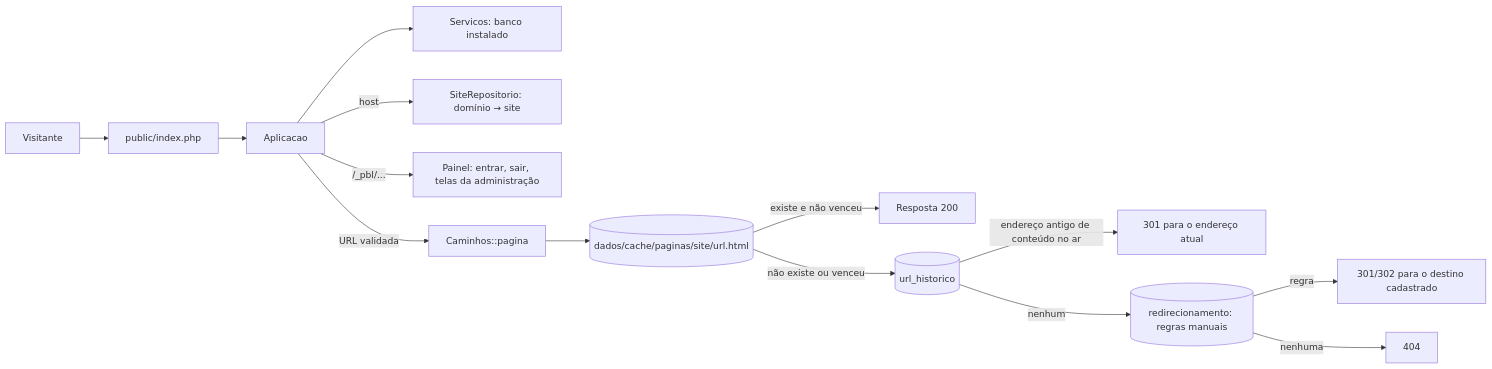
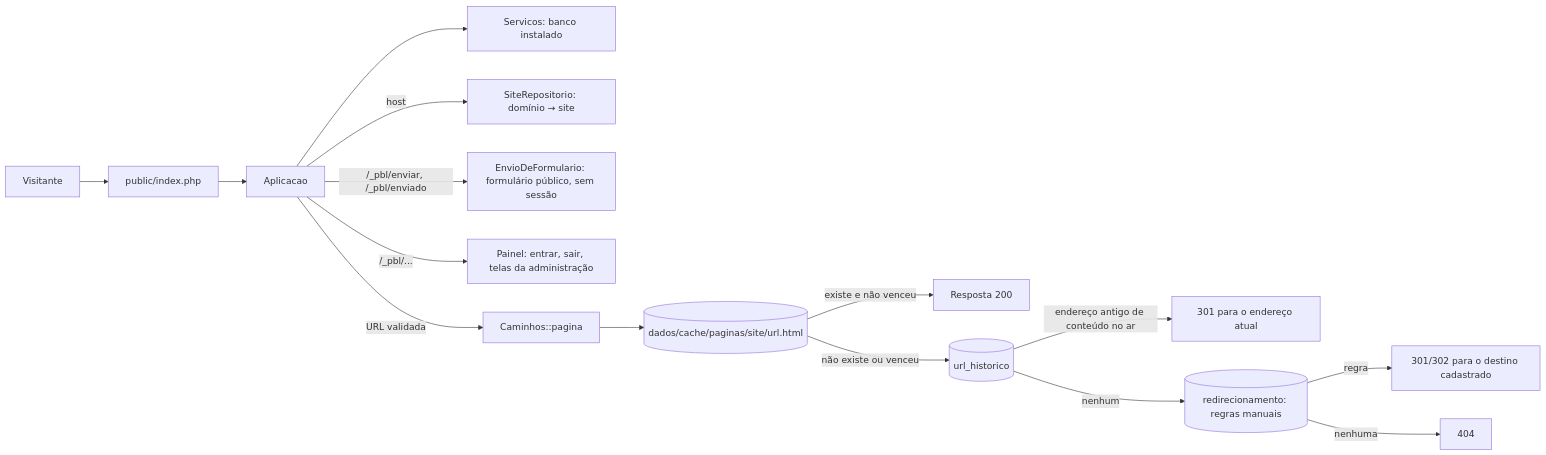
The first of 3 diagrams in docs/tecnica/arquitetura.md (publicare/publicare4), drawn with Mermaid before and after one commit. The commit also changed other lines of this file and 38 other files, not shown here.

First line of the commit message:
Formulários públicos declarativos (fase 6a): tipo formulario, comando de molde, envio anônimo privado e tela de envios

````diff
--- a/docs/tecnica/arquitetura.md
+++ b/docs/tecnica/arquitetura.md
@@ -7,16 +7,17 @@
 ```mermaid
 flowchart LR
     V[Visitante] --> I[public/index.php]
     I --> A[Aplicacao]
     A --> S[Servicos: banco instalado]
     A -->|host| H[SiteRepositorio: domínio → site]
+    A -->|/_pbl/enviar, /_pbl/enviado| FM[EnvioDeFormulario: formulário público, sem sessão]
     A -->|/_pbl/...| P[Painel: entrar, sair, telas da administração]
     A -->|URL validada| C[Caminhos::pagina]
     C --> F[(dados/cache/paginas/site/url.html)]
     F -->|existe e não venceu| R[Resposta 200]
     F -->|não existe ou venceu| UH[(url_historico)]
     UH -->|endereço antigo de conteúdo no ar| M[301 para o endereço atual]
     UH -->|nenhum| RM[(redirecionamento: regras manuais)]
     RM -->|regra| M2[301/302 para o destino cadastrado]
     RM -->|nenhuma| N[404]
 ```
````
